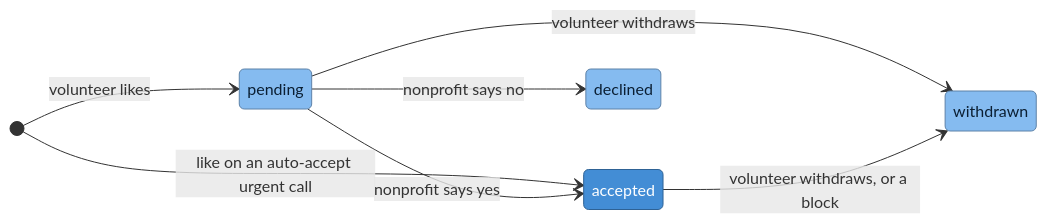
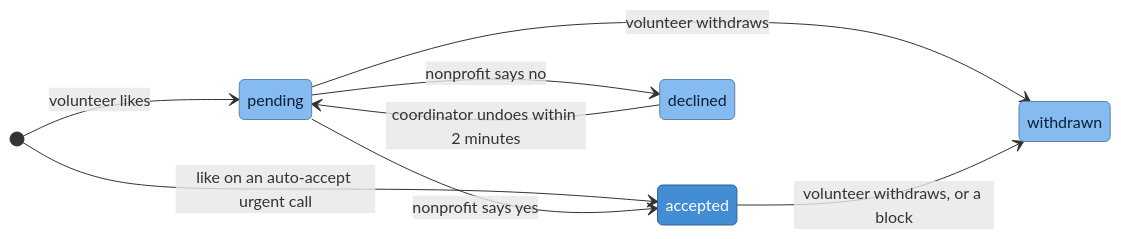
One commit to slegroux/causematch changed the fifth of 26 diagrams in docs/ARCHITECTURE.md. Above: the diagram before and after it, drawn with Mermaid. The commit also changed other lines of this file, not shown here.

Commit message:
Architecture doc: fixes from review (sign-in edge cases, email sending paths, preview limits, migrations wording)

````diff
--- a/docs/ARCHITECTURE.md
+++ b/docs/ARCHITECTURE.md
@@ -305,16 +305,17 @@
 ```mermaid
 %%{init: {"themeVariables": {"fontFamily": "Helvetica, Arial, sans-serif"}}}%%
 stateDiagram-v2
     direction LR
     [*] --> pending: volunteer likes
     [*] --> accepted: like on an auto-accept urgent call
     pending --> accepted: nonprofit says yes
     pending --> declined: nonprofit says no
+    declined --> pending: coordinator undoes within 2 minutes
     pending --> withdrawn: volunteer withdraws
     accepted --> withdrawn: volunteer withdraws, or a block
 
     classDef step fill:#85bbf0,stroke:#5d82a8,color:#0b1f33
     classDef key fill:#438dd5,stroke:#2e6295,color:#ffffff
     class pending,declined,withdrawn step
     class accepted key
 ```
````
